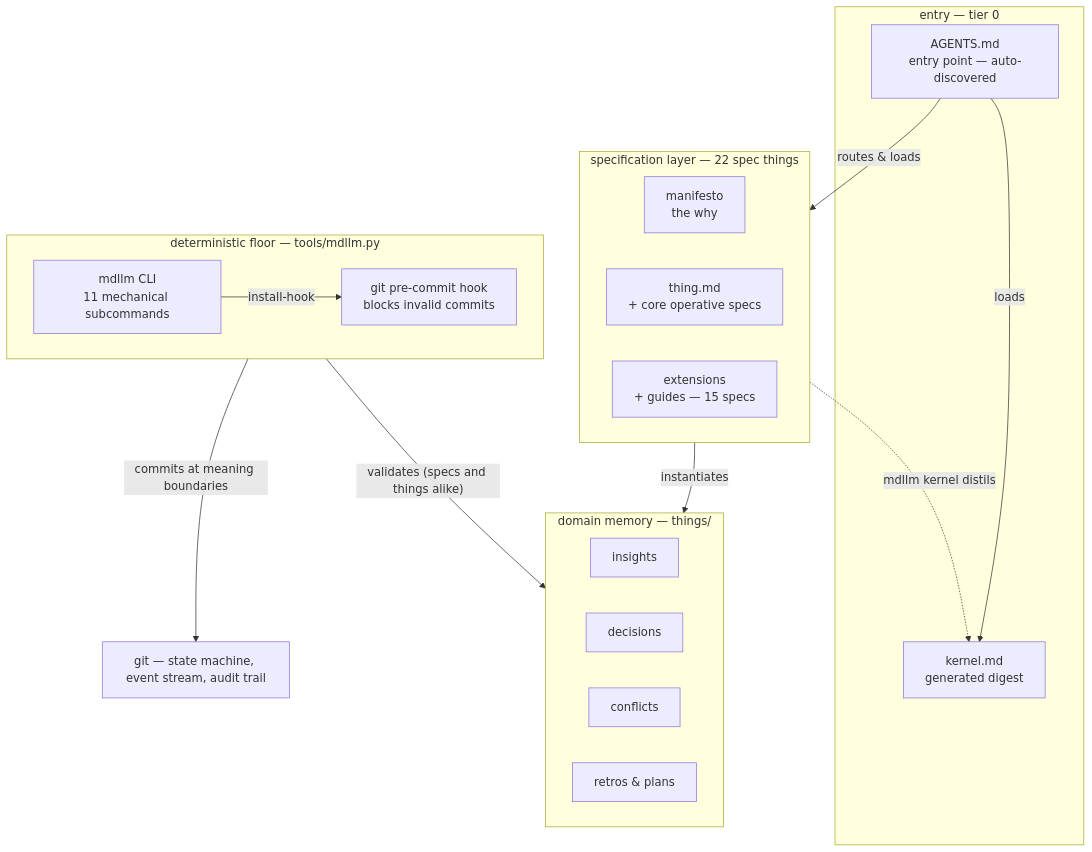
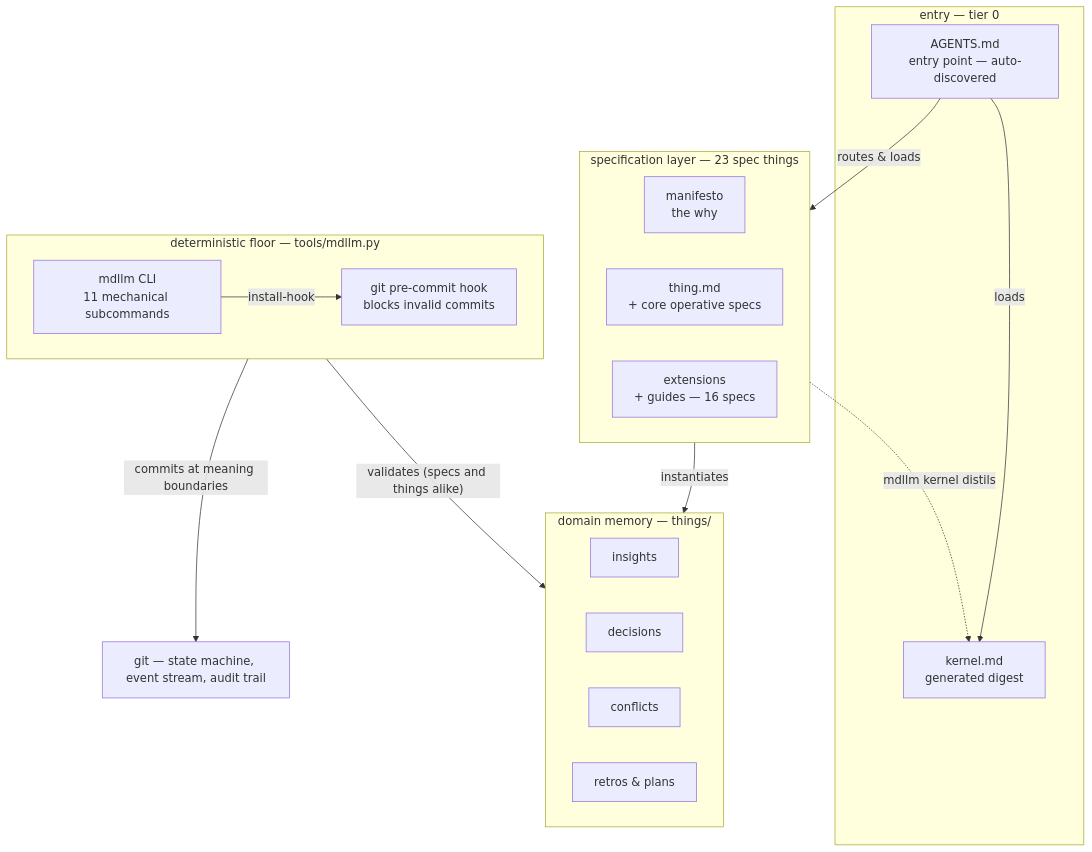
The first of 3 diagrams in framework-map.md (JanoshMoshiri/MarkdownLLM), drawn with Mermaid before and after one commit. The commit also changed other lines of this file and 7 other files, not shown here.

````diff
--- a/framework-map.md
+++ b/framework-map.md
@@ -51,31 +51,31 @@
 ```mermaid
 flowchart TD
     subgraph entry ["entry — tier 0"]
         AGENTS["AGENTS.md<br/>entry point — auto-discovered"]
         KERNEL["kernel.md<br/>generated digest"]
     end
-    subgraph specs ["specification layer — 22 spec things"]
+    subgraph specs ["specification layer — 23 spec things"]
         MANIFESTO["manifesto<br/>the why"]
         THING["thing.md<br/>+ core operative specs"]
-        EXT["extensions<br/>+ guides — 15 specs"]
+        EXT["extensions<br/>+ guides — 16 specs"]
     end
     subgraph memory ["domain memory — things/"]
         INSIGHTS["insights"]
         DECISIONS["decisions"]
         CONFLICTS["conflicts"]
         RETROS["retros & plans"]
     end
     subgraph floor ["deterministic floor — tools/mdllm.py"]
         MDLLM["mdllm CLI<br/>11 mechanical subcommands"]
         HOOK["git pre-commit hook<br/>blocks invalid commits"]
     end
     GIT["git — state machine, event stream, audit trail"]
 
     AGENTS -->|loads| KERNEL
     AGENTS -->|routes & loads| specs
     specs -.->|"mdllm kernel distils"| KERNEL
     specs -->|instantiates| memory
     MDLLM -->|install-hook| HOOK
     floor -->|"validates (specs and things alike)"| memory
     floor -->|commits at meaning boundaries| GIT
 ```
````
